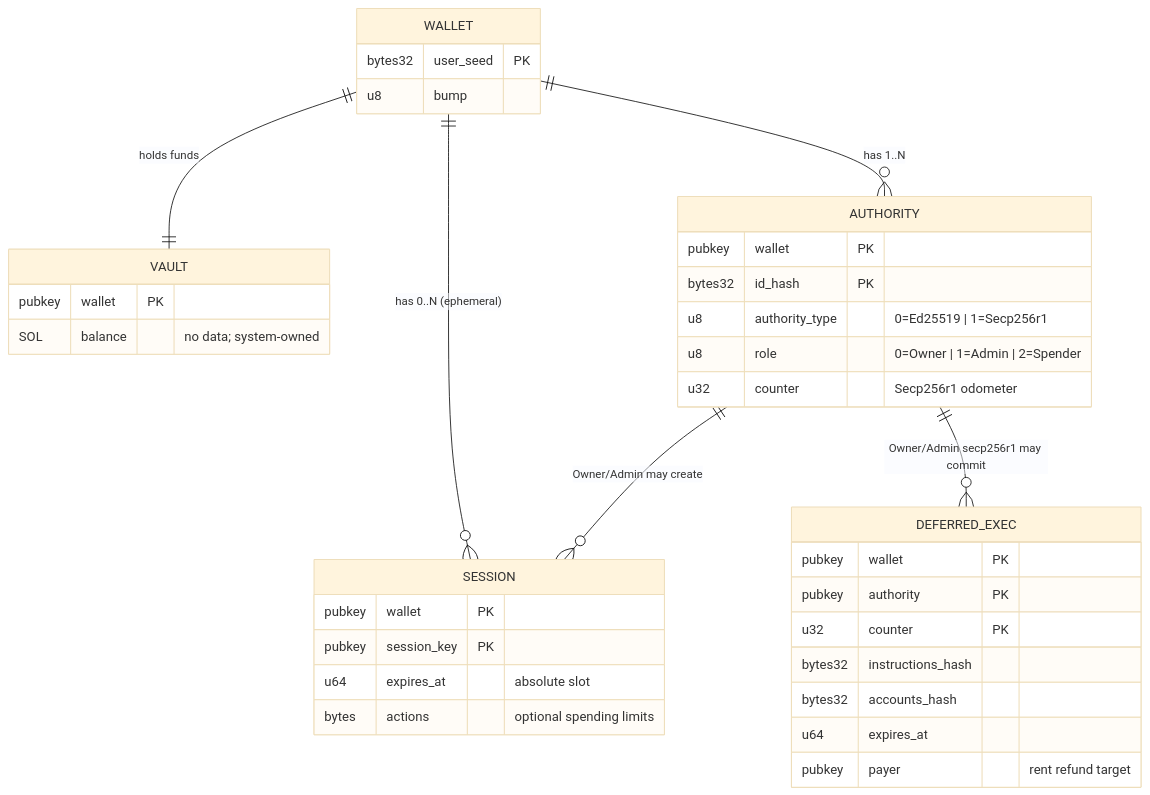
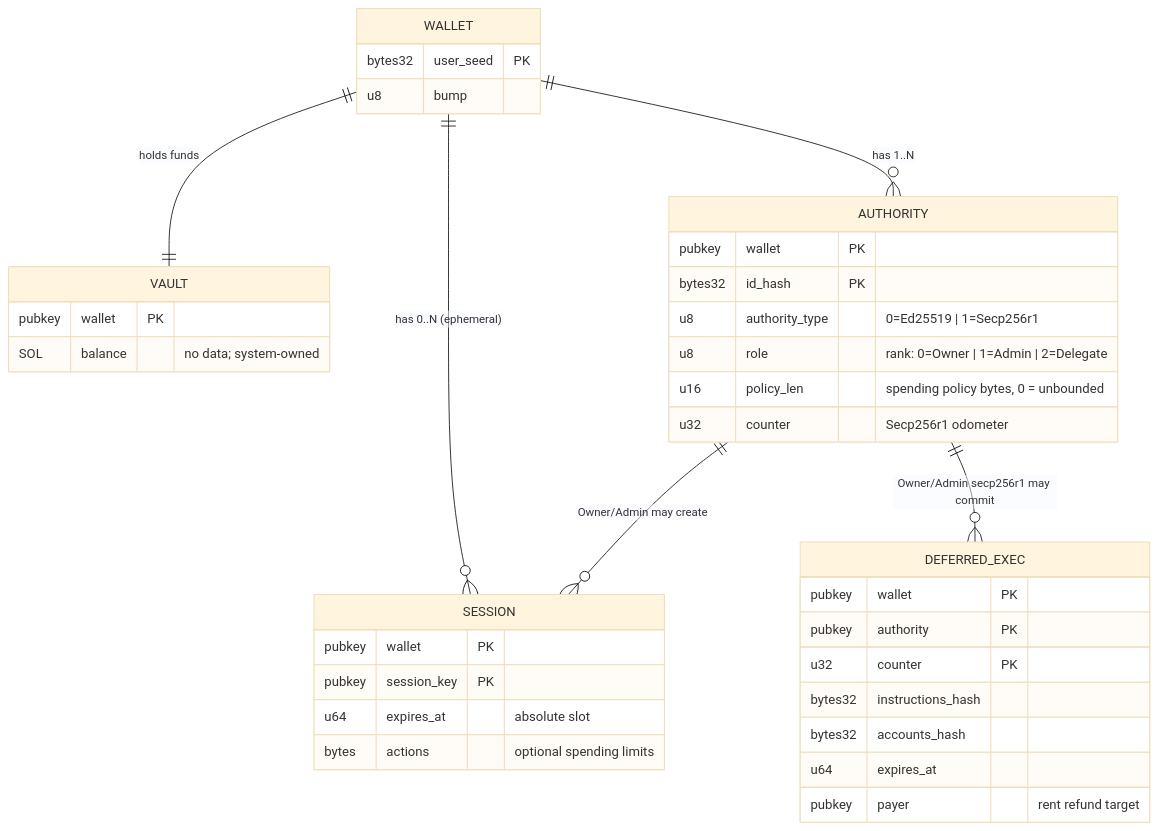
The second of 6 diagrams in docs/Architecture.md (lazor-kit/lazorkit-protocol), drawn with Mermaid (base theme) before and after one commit. The commit also changed other lines of this file and 238 other files, not shown here.

````diff
--- a/docs/Architecture.md
+++ b/docs/Architecture.md
@@ -44,39 +45,40 @@
 ```mermaid
 erDiagram
     WALLET ||--|| VAULT : "holds funds"
     WALLET ||--o{ AUTHORITY : "has 1..N"
     WALLET ||--o{ SESSION : "has 0..N (ephemeral)"
     AUTHORITY ||--o{ SESSION : "Owner/Admin may create"
     AUTHORITY ||--o{ DEFERRED_EXEC : "Owner/Admin secp256r1 may commit"
 
     WALLET {
         bytes32 user_seed PK
         u8 bump
     }
     VAULT {
         pubkey wallet PK
         SOL balance "no data; system-owned"
     }
     AUTHORITY {
         pubkey wallet PK
         bytes32 id_hash PK
         u8 authority_type "0=Ed25519 | 1=Secp256r1"
-        u8 role "0=Owner | 1=Admin | 2=Spender"
+        u8 role "rank: 0=Owner | 1=Admin | 2=Delegate"
+        u16 policy_len "spending policy bytes, 0 = unbounded"
         u32 counter "Secp256r1 odometer"
     }
     SESSION {
         pubkey wallet PK
         pubkey session_key PK
         u64 expires_at "absolute slot"
         bytes actions "optional spending limits"
     }
     DEFERRED_EXEC {
         pubkey wallet PK
         pubkey authority PK
         u32 counter PK
         bytes32 instructions_hash
         bytes32 accounts_hash
         u64 expires_at
         pubkey payer "rent refund target"
     }
 ```
````
